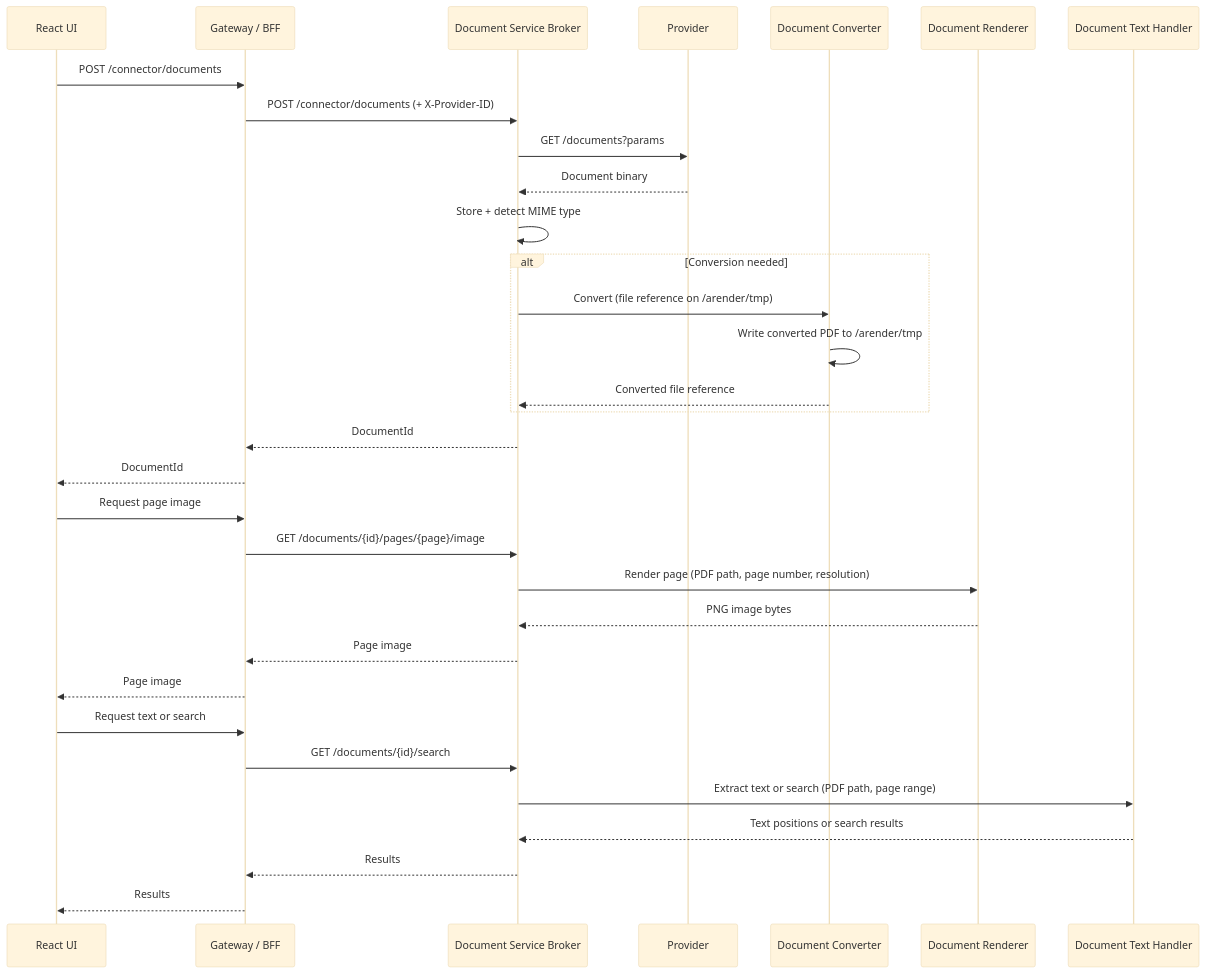
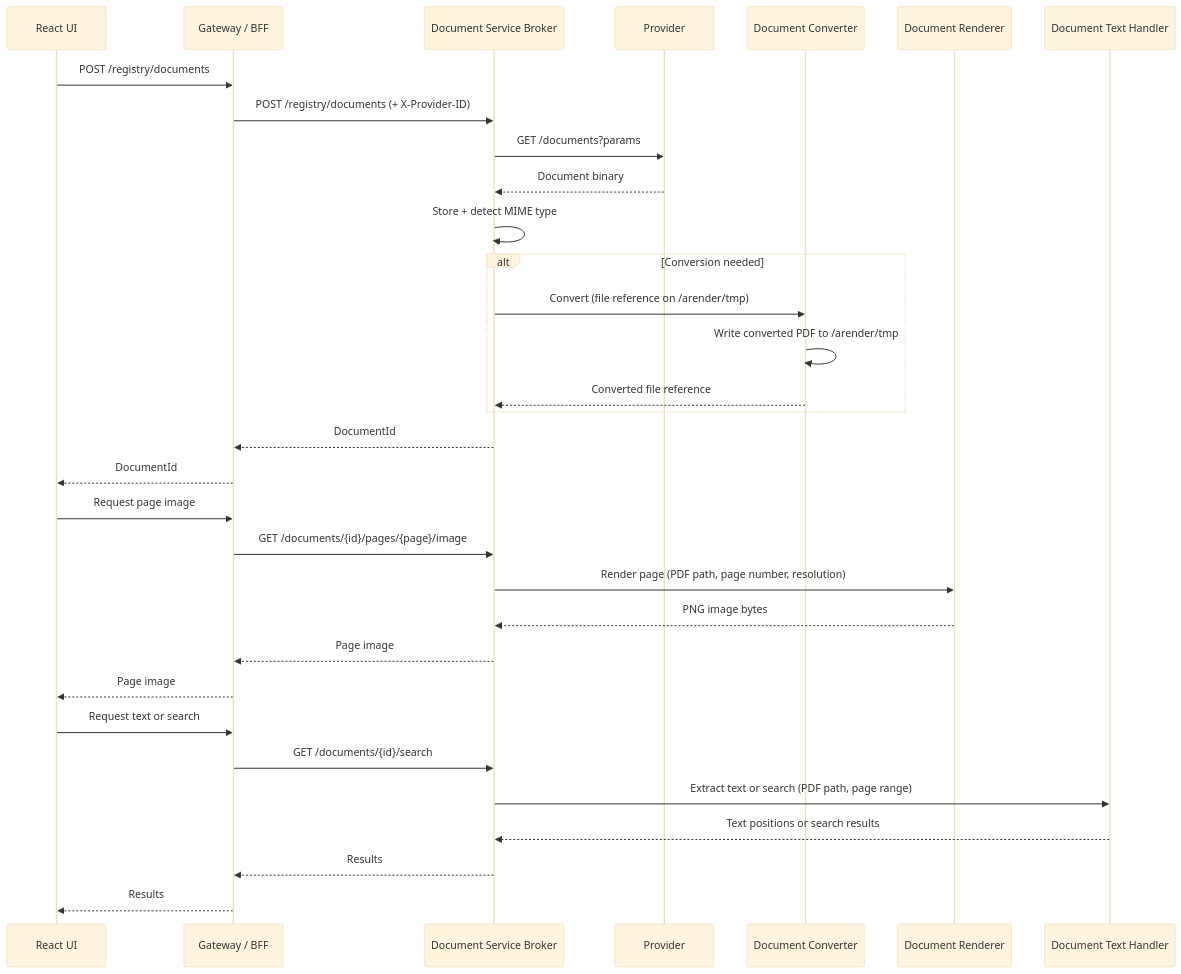
The third of 3 diagrams in docs/arender/overview/architecture.modern.md (Uxopian/uxodocs), drawn with Mermaid (base theme) before and after one commit. The commit also changed 6 other files, not shown here.

````diff
--- a/docs/arender/overview/architecture.modern.md
+++ b/docs/arender/overview/architecture.modern.md
@@ -269,35 +269,35 @@
 ```mermaid
 sequenceDiagram
     participant UI as React UI
     participant GW as Gateway / BFF
     participant SB as Document Service Broker
     participant P as Provider
     participant DC as Document Converter
     participant DR as Document Renderer
     participant DT as Document Text Handler
 
-    UI->>GW: POST /connector/documents
-    GW->>SB: POST /connector/documents (+ X-Provider-ID)
+    UI->>GW: POST /registry/documents
+    GW->>SB: POST /registry/documents (+ X-Provider-ID)
     SB->>P: GET /documents?params
     P-->>SB: Document binary
     SB->>SB: Store + detect MIME type
     alt Conversion needed
         SB->>DC: Convert (file reference on /arender/tmp)
         DC->>DC: Write converted PDF to /arender/tmp
         DC-->>SB: Converted file reference
     end
     SB-->>GW: DocumentId
     GW-->>UI: DocumentId
     UI->>GW: Request page image
     GW->>SB: GET /documents/{id}/pages/{page}/image
     SB->>DR: Render page (PDF path, page number, resolution)
     DR-->>SB: PNG image bytes
     SB-->>GW: Page image
     GW-->>UI: Page image
     UI->>GW: Request text or search
     GW->>SB: GET /documents/{id}/search
     SB->>DT: Extract text or search (PDF path, page range)
     DT-->>SB: Text positions or search results
     SB-->>GW: Results
     GW-->>UI: Results
 ```
````
